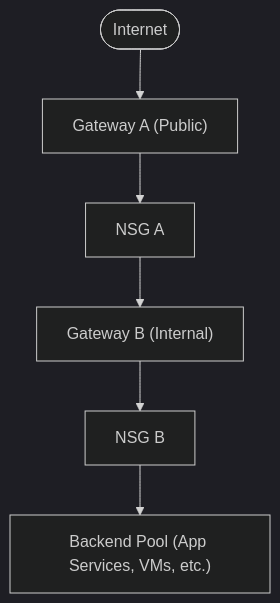
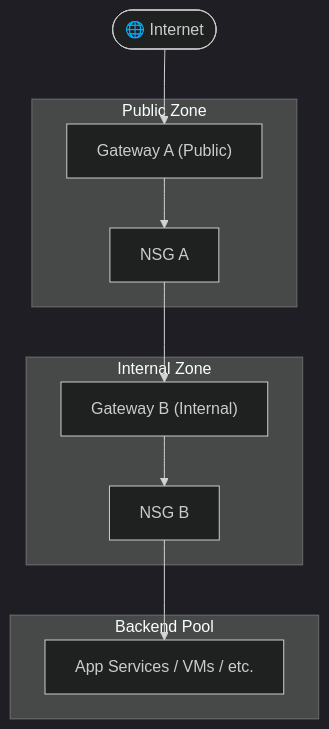
Before and after one commit to pravinchandankhede/pravinchandankhede.github.io: the second of 2 diagrams in _posts/2024-06-20-AppGatewayChainingPattern.md, drawn with Mermaid (dark theme). The commit also changed other lines of this file, not shown here.

````diff
--- a/_posts/2024-06-20-AppGatewayChainingPattern.md
+++ b/_posts/2024-06-20-AppGatewayChainingPattern.md
@@ -99,10 +100,20 @@
 ```mermaid
-flowchart TD
-    Internet(["Internet"])
-    GatewayA["Gateway A (Public)"] --> NSGA["NSG A"]
-    NSGA --> GatewayB["Gateway B (Internal)"]
-    GatewayB --> NSGB["NSG B"]
-    NSGB --> Backend["Backend Pool (App Services, VMs, etc.)"]
+graph TB
+    Internet(["🌐 Internet"])
+    
+    subgraph Public Zone
+        GatewayA["Gateway A (Public)"]
+        NSGA["NSG A"]
+    end
 
-    Internet --> GatewayA
+    subgraph Internal Zone
+        GatewayB["Gateway B (Internal)"]
+        NSGB["NSG B"]
+    end
+
+    subgraph Backend Pool
+        Backend["App Services / VMs / etc."]
+    end
+
+    Internet --> GatewayA --> NSGA --> GatewayB --> NSGB --> Backend
 ```
````
